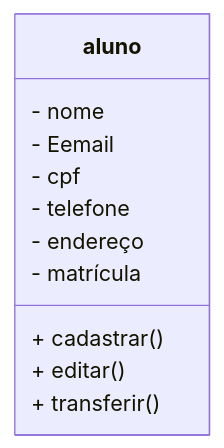
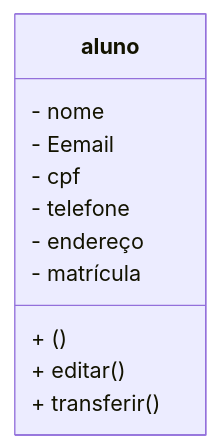
One commit to kellyaquinosiqueira-gif/universidade changed the second of 2 diagrams in readme.md. Above: the diagram before and after it, drawn with Mermaid. The commit also changed other lines of this file and 9 other files, not shown here.

````diff
--- a/readme.md
+++ b/readme.md
@@ -23,16 +23,16 @@
 ```mermaid
 classDiagram
     class aluno{
         - nome
         - Eemail
         - cpf
         - telefone
         - endereço
         - matrícula
-        + cadastrar()
+        + ()
         + editar()
         + transferir()
       
         
     }
 ```
````
